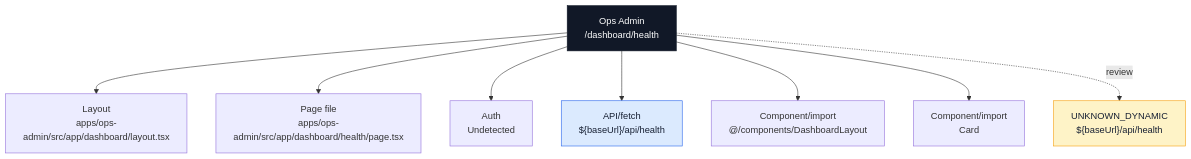
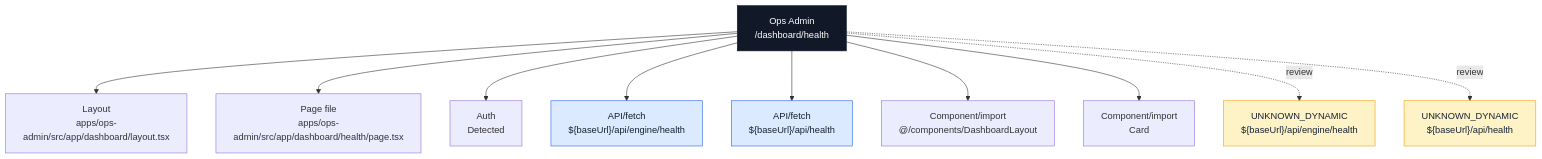
Before and after one commit to Ritenoob/ridendine-marketplace: diagram 28 of 40 in docs/architecture/codebase-map/pages/ops-admin-pages.md, drawn with Mermaid. The commit also changed other lines of this file and 50 other files, not shown here.

````diff
--- a/docs/architecture/codebase-map/pages/ops-admin-pages.md
+++ b/docs/architecture/codebase-map/pages/ops-admin-pages.md
@@ -1903,25 +2076,29 @@
 ```mermaid
 flowchart TB
   Page["Ops Admin<br/>/dashboard/health"]
   Layout["Layout<br/>apps/ops-admin/src/app/dashboard/layout.tsx"]
   File["Page file<br/>apps/ops-admin/src/app/dashboard/health/page.tsx"]
-  Auth["Auth<br/>Undetected"]
+  Auth["Auth<br/>Detected"]
   Page --> Layout
   Page --> File
   Page --> Auth
-  Api0["API/fetch<br/>${baseUrl}/api/health"]
+  Api0["API/fetch<br/>${baseUrl}/api/engine/health"]
   Page --> Api0
+  Api1["API/fetch<br/>${baseUrl}/api/health"]
+  Page --> Api1
   Component0["Component/import<br/>@/components/DashboardLayout"]
   Page --> Component0
   Component1["Component/import<br/>Card"]
   Page --> Component1
-  Gap0["UNKNOWN_DYNAMIC<br/>${baseUrl}/api/health"]
+  Gap0["UNKNOWN_DYNAMIC<br/>${baseUrl}/api/engine/health"]
   Page -. review .-> Gap0
+  Gap1["UNKNOWN_DYNAMIC<br/>${baseUrl}/api/health"]
+  Page -. review .-> Gap1
   classDef page fill:#111827,stroke:#111827,color:#ffffff
   classDef data fill:#dcfce7,stroke:#16a34a,color:#172033
   classDef api fill:#dbeafe,stroke:#2563eb,color:#172033
   classDef warn fill:#fef3c7,stroke:#f59e0b,color:#172033
   class Page page
-  class Api0 api
-  class Gap0 warn
+  class Api0,Api1 api
+  class Gap0,Gap1 warn
 ```
````
